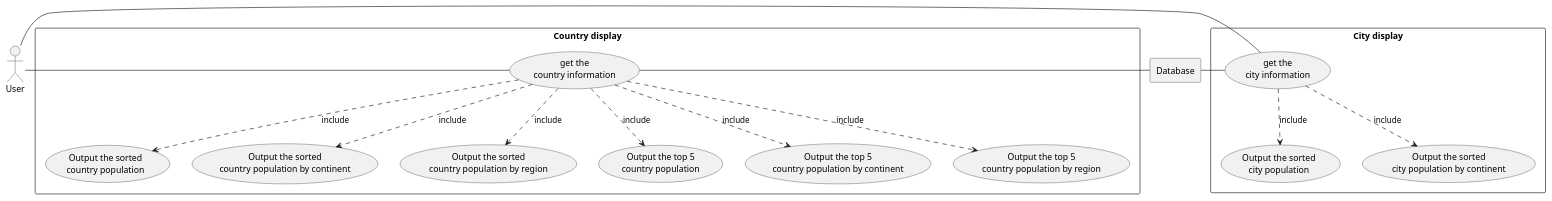
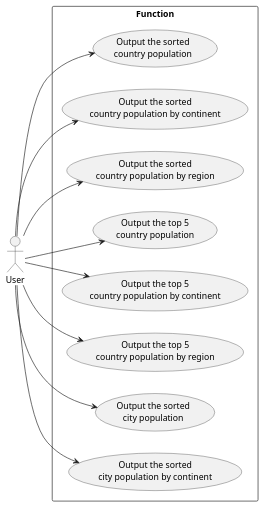
Before and after one commit to WintMyatAung/Group-8: the diagram in use_case/use_case(1-8).puml, drawn with PlantUML. The commit also changed 3 other files, not shown here.

Commit message:
change the getter and setter function for city class and country class. change the layout of use case diagram.

```diff
--- a/use_case/use_case(1-8).puml
+++ b/use_case/use_case(1-8).puml
@@ -1,54 +1,39 @@
 @startuml
-
+left to right direction
 actor User as "User"
 
-rectangle Database
-
-rectangle "Country display" {
-    usecase UC1 as "get the
-    country information"
-
+rectangle "Function" {
     usecase UC1a as "Output the sorted
     country population"
 
     usecase UC2a as "Output the sorted
     country population by continent"
 
     usecase UC3a as "Output the sorted
     country population by region"
 
     usecase UC4a as "Output the top 5
     country population"
 
     usecase UC5a as "Output the top 5
     country population by continent"
 
     usecase UC6a as "Output the top 5
     country population by region"
 
-    User - UC1
-    UC1 ..> UC1a : include
-    UC1 ..> UC2a : include
-    UC1 ..> UC3a : include
-    UC1 ..> UC4a : include
-    UC1 ..> UC5a : include
-    UC1 ..> UC6a : include
-    UC1 - Database
-}
-
-rectangle "City display" {
-    usecase UC2 as "get the
-    city information"
-
     usecase UC7a as "Output the sorted
     city population"
 
     usecase UC8a as "Output the sorted
     city population by continent"
 
-    User - UC2
-    UC2 ..> UC7a : include
-    UC2 ..> UC8a : include
-    UC2 - Database
+    User --> UC1a
+    User --> UC2a
+    User --> UC3a
+    User --> UC4a
+    User --> UC5a
+    User --> UC6a
+    User --> UC7a
+    User --> UC8a
 }
 @enduml
```
